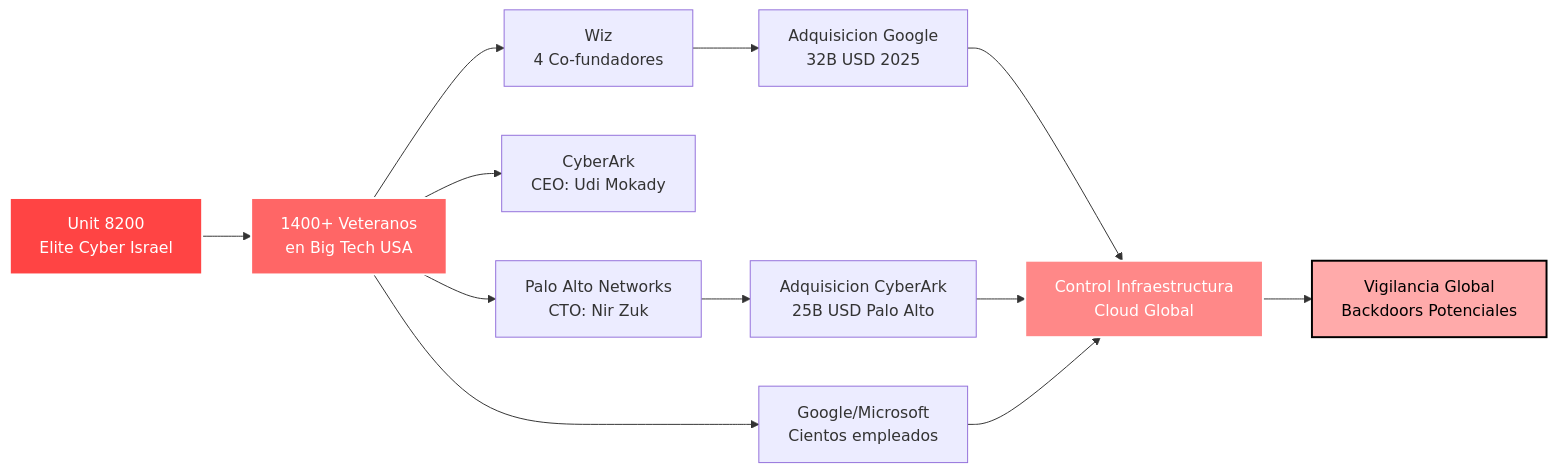
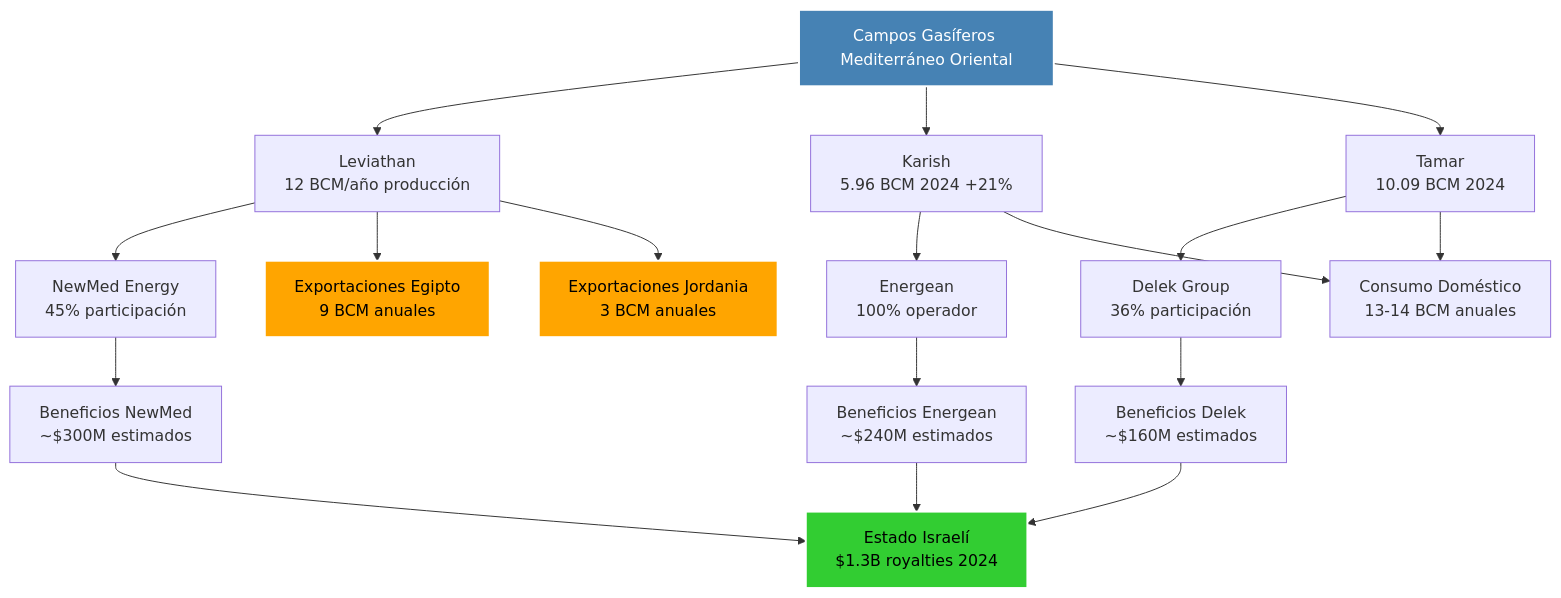
The first of 18 diagrams in intel/israel_geopolitical_analysis.md (perpetuocambio/annotations), drawn with Mermaid before and after one commit. The commit also changed other lines of this file, not shown here.

````diff
--- a/intel/israel_geopolitical_analysis.md
+++ b/intel/israel_geopolitical_analysis.md
@@ -70,23 +32,28 @@
 ```mermaid
-flowchart LR
-    A[Unit 8200<br/>Elite Cyber Israel] --> B[1400+ Veteranos<br/>en Big Tech USA]
+flowchart TD
+    A[Campos Gasíferos Mediterráneo Oriental] --> B[Leviathan<br/>12 BCM/año producción]
+    A --> C[Karish<br/>5.96 BCM 2024 +21%]
+    A --> D[Tamar<br/>10.09 BCM 2024]
 
-    B --> C[Palo Alto Networks<br/>CTO: Nir Zuk]
-    B --> D[CyberArk<br/>CEO: Udi Mokady]
-    B --> E[Wiz<br/>4 Co-fundadores]
-    B --> F[Google/Microsoft<br/>Cientos empleados]
+    B --> E[NewMed Energy<br/>45% participación]
+    C --> F[Energean<br/>100% operador]
+    D --> G[Delek Group<br/>36% participación]
 
-    E --> G[Adquisicion Google<br/>32B USD 2025]
-    C --> H[Adquisicion CyberArk<br/>25B USD Palo Alto]
+    E --> H[Beneficios NewMed<br/>~$300M estimados]
+    F --> I[Beneficios Energean<br/>~$240M estimados]
+    G --> J[Beneficios Delek<br/>~$160M estimados]
 
-    G --> I[Control Infraestructura<br/>Cloud Global]
-    H --> I
-    F --> I
+    H --> K[Estado Israelí<br/>$1.3B royalties 2024]
+    I --> K
+    J --> K
 
-    I --> J[Vigilancia Global<br/>Backdoors Potenciales]
+    B --> L[Exportaciones Egipto<br/>9 BCM anuales]
+    B --> M[Exportaciones Jordania<br/>3 BCM anuales]
+    C --> N[Consumo Doméstico<br/>13-14 BCM anuales]
+    D --> N
 
-    style A fill:#ff4444,stroke:#fff,stroke-width:2px,color:#fff
-    style B fill:#ff6666,stroke:#fff,stroke-width:2px,color:#fff
-    style I fill:#ff8888,stroke:#fff,stroke-width:2px,color:#fff
-    style J fill:#ffaaaa,stroke:#000,stroke-width:2px,color:#000
+    style A fill:#4682b4,stroke:#fff,stroke-width:2px,color:#fff
+    style K fill:#32cd32,stroke:#fff,stroke-width:2px,color:#000
+    style L fill:#ffa500,stroke:#fff,stroke-width:2px,color:#000
+    style M fill:#ffa500,stroke:#fff,stroke-width:2px,color:#000
 ```
````
